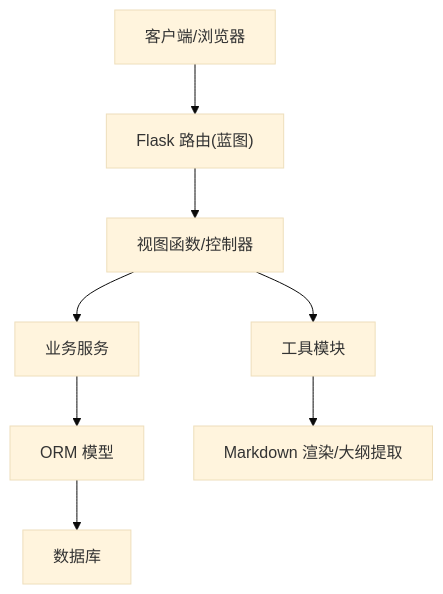
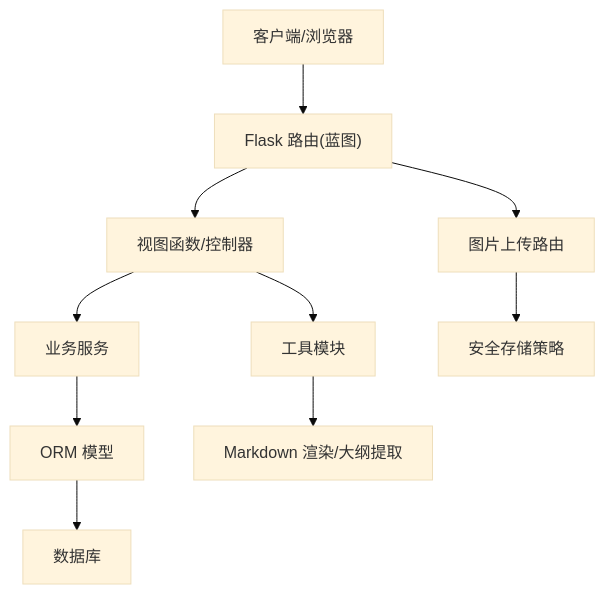
One commit to beyondalbert/my_wiki changed the second of 9 diagrams in .qoder/repowiki/zh/content/核心模块/文档管理系统/文档管理系统.md. Above: the diagram before and after it, drawn with Mermaid (base theme). The commit also changed other lines of this file and 6 other files, not shown here.

````diff
--- a/.qoder/repowiki/zh/content/核心模块/文档管理系统/文档管理系统.md
+++ b/.qoder/repowiki/zh/content/核心模块/文档管理系统/文档管理系统.md
@@ -133,10 +141,12 @@
 ```mermaid
 graph TB
 Client["客户端/浏览器"] --> Routes["Flask 路由(蓝图)"]
 Routes --> Controllers["视图函数/控制器"]
 Controllers --> Services["业务服务"]
 Services --> Models["ORM 模型"]
 Models --> DB["数据库"]
 Controllers --> Utils["工具模块"]
 Utils --> Render["Markdown 渲染/大纲提取"]
+Routes --> Upload["图片上传路由"]
+Upload --> Storage["安全存储策略"]
 ```
````
